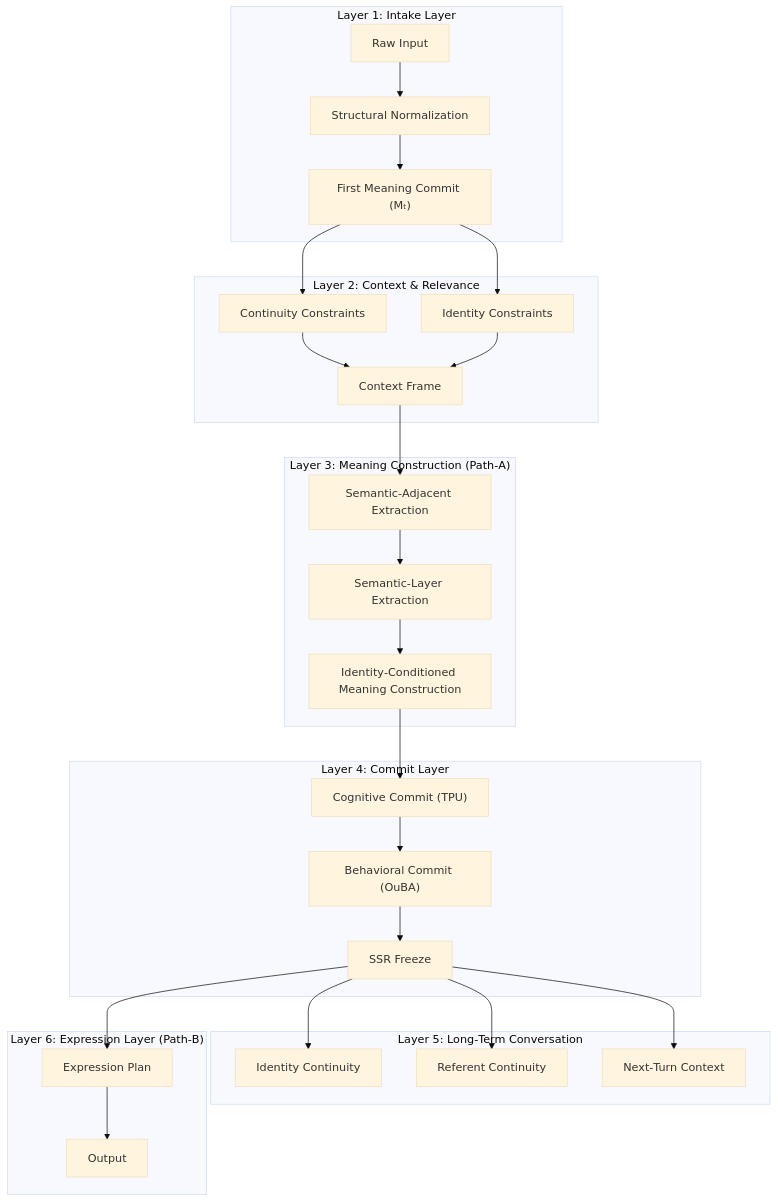
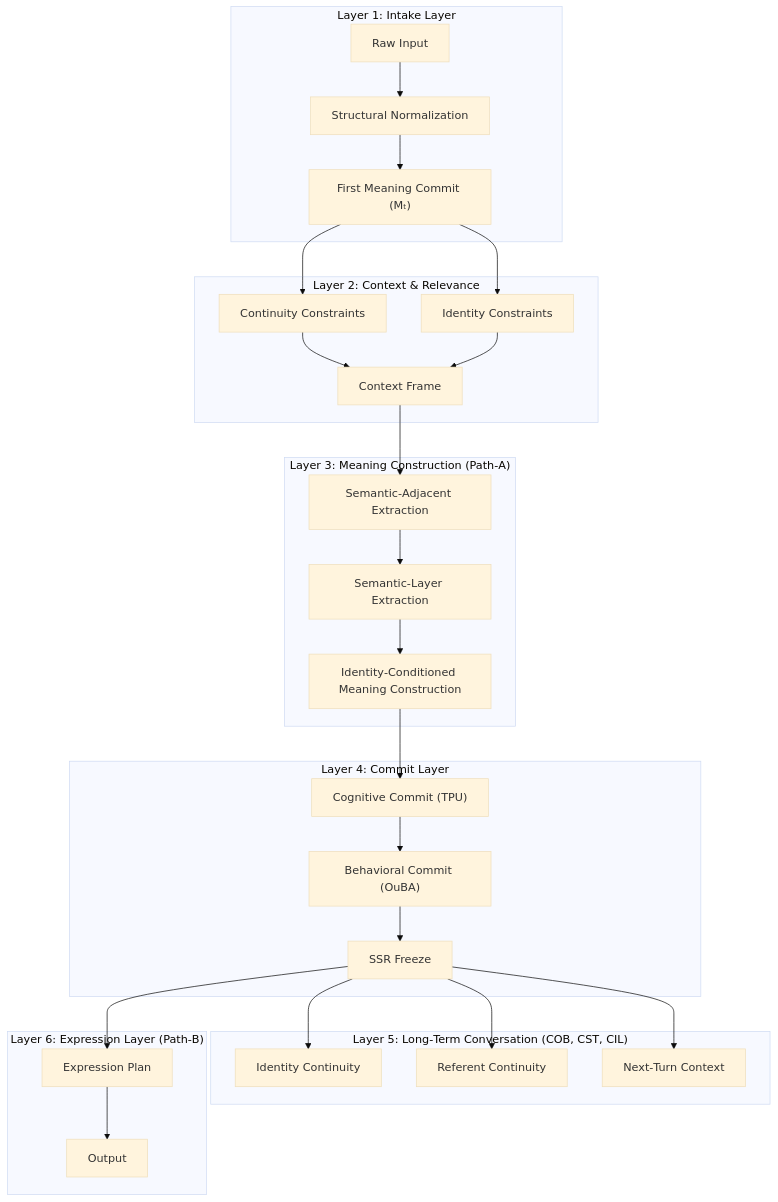
The diagram in thought_simulator/requirements_20/system_playground/design/papers/ts_theory/tp_architecture_appendix.md (CuriousOne23/WhenMathPrays), drawn with Mermaid (base theme) before and after one commit.

Commit message:
Clarify Layer 5 title in architecture appendix

````diff
--- a/thought_simulator/requirements_20/system_playground/design/papers/ts_theory/tp_architecture_appendix.md
+++ b/thought_simulator/requirements_20/system_playground/design/papers/ts_theory/tp_architecture_appendix.md
@@ -60,38 +60,38 @@
 ```mermaid
 flowchart TD
 
     subgraph Intake["Layer 1: Intake Layer"]
         A[Raw Input] --> B[Structural Normalization]
         B --> C["First Meaning Commit (Mₜ)"]
     end
 
     subgraph Context["Layer 2: Context & Relevance"]
         C --> D[Continuity Constraints]
         C --> E[Identity Constraints]
         D --> F[Context Frame]
         E --> F
     end
 
     subgraph Meaning["Layer 3: Meaning Construction (Path‑A)"]
         F --> G[Semantic‑Adjacent Extraction]
         G --> H[Semantic‑Layer Extraction]
         H --> I[Identity‑Conditioned Meaning Construction]
     end
 
     subgraph Commit["Layer 4: Commit Layer"]
         I --> J["Cognitive Commit (TPU)"]
         J --> K["Behavioral Commit (OuBA)"]
         K --> L[SSR Freeze]
     end
 
-    subgraph LTC["Layer 5: Long‑Term Conversation"]
+    subgraph LTC["Layer 5: Long‑Term Conversation (COB, CST, CIL)"]
         L --> M[Identity Continuity]
         L --> N[Referent Continuity]
         L --> O[Next‑Turn Context]
     end
 
     subgraph Expression["Layer 6: Expression Layer (Path‑B)"]
         L --> P[Expression Plan]
         P --> Q[Output]
     end
 ```
````
